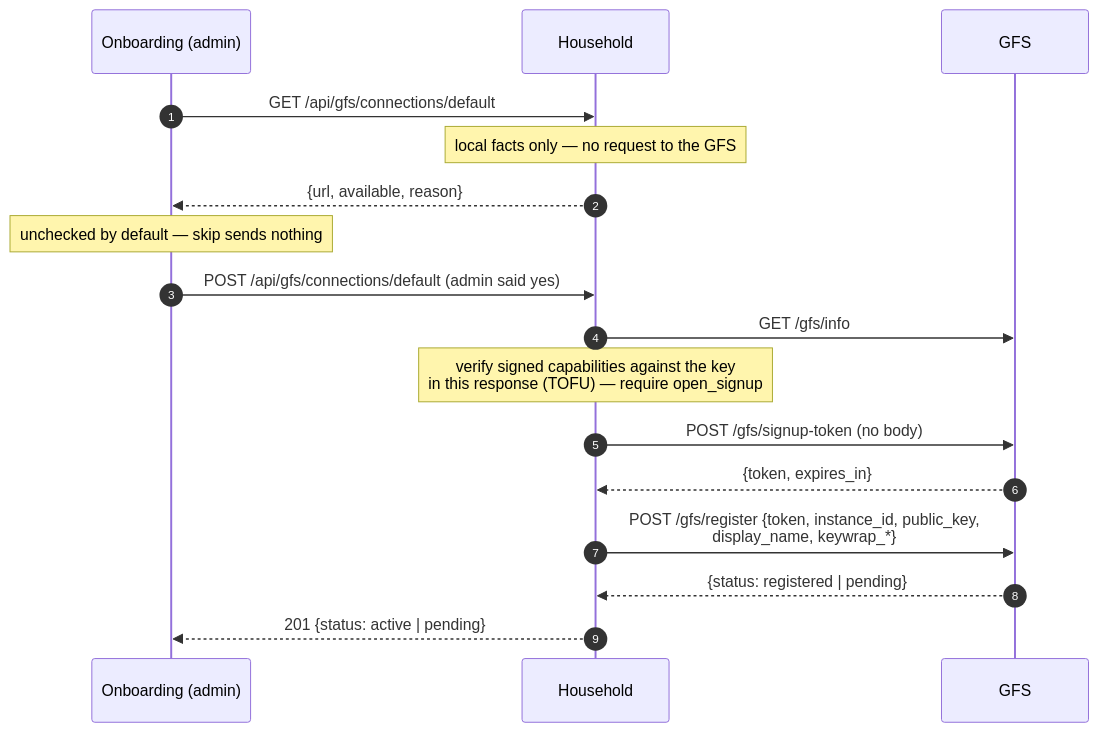
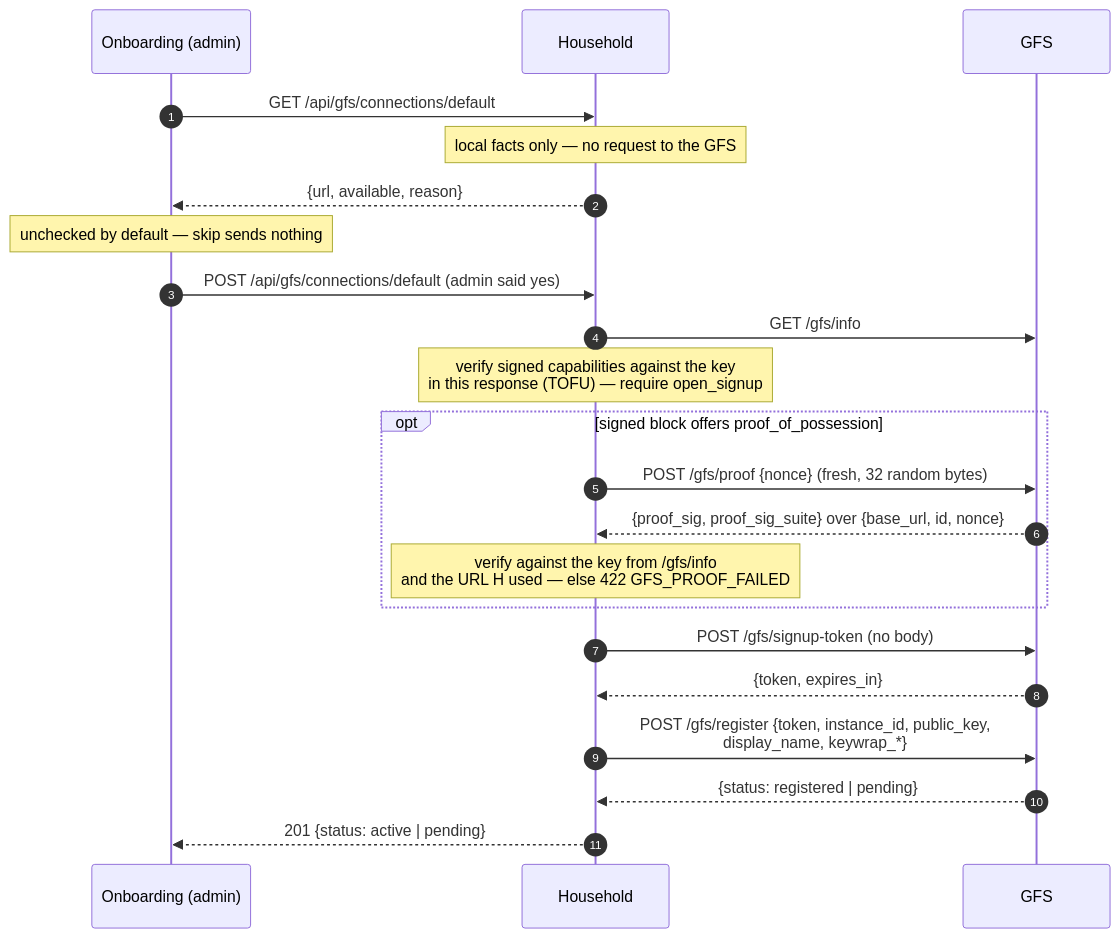
One commit to social-home-io/socialhome changed the second of 9 diagrams in docs/protocol/discovery.md. Above: the diagram before and after it, drawn with Mermaid. The commit also changed other lines of this file and 27 other files, not shown here.

First line of the commit message:
A GFS must prove it holds its key before a household pins it

````diff
--- a/docs/protocol/discovery.md
+++ b/docs/protocol/discovery.md
@@ -484,19 +484,24 @@
 ```mermaid
 sequenceDiagram
     autonumber
     participant SPA as Onboarding (admin)
     participant H as Household
     participant G as GFS
     SPA->>H: GET /api/gfs/connections/default
     Note over H: local facts only — no request to the GFS
     H-->>SPA: {url, available, reason}
     Note over SPA: unchecked by default — skip sends nothing
     SPA->>H: POST /api/gfs/connections/default (admin said yes)
     H->>G: GET /gfs/info
     Note over H: verify signed capabilities against the key<br/>in this response (TOFU) — require open_signup
+    opt signed block offers proof_of_possession
+        H->>G: POST /gfs/proof {nonce} (fresh, 32 random bytes)
+        G-->>H: {proof_sig, proof_sig_suite} over {base_url, id, nonce}
+        Note over H: verify against the key from /gfs/info<br/>and the URL H used — else 422 GFS_PROOF_FAILED
+    end
     H->>G: POST /gfs/signup-token (no body)
     G-->>H: {token, expires_in}
     H->>G: POST /gfs/register {token, instance_id, public_key,<br/>display_name, keywrap_*}
     G-->>H: {status: registered | pending}
     H-->>SPA: 201 {status: active | pending}
 ```
````
